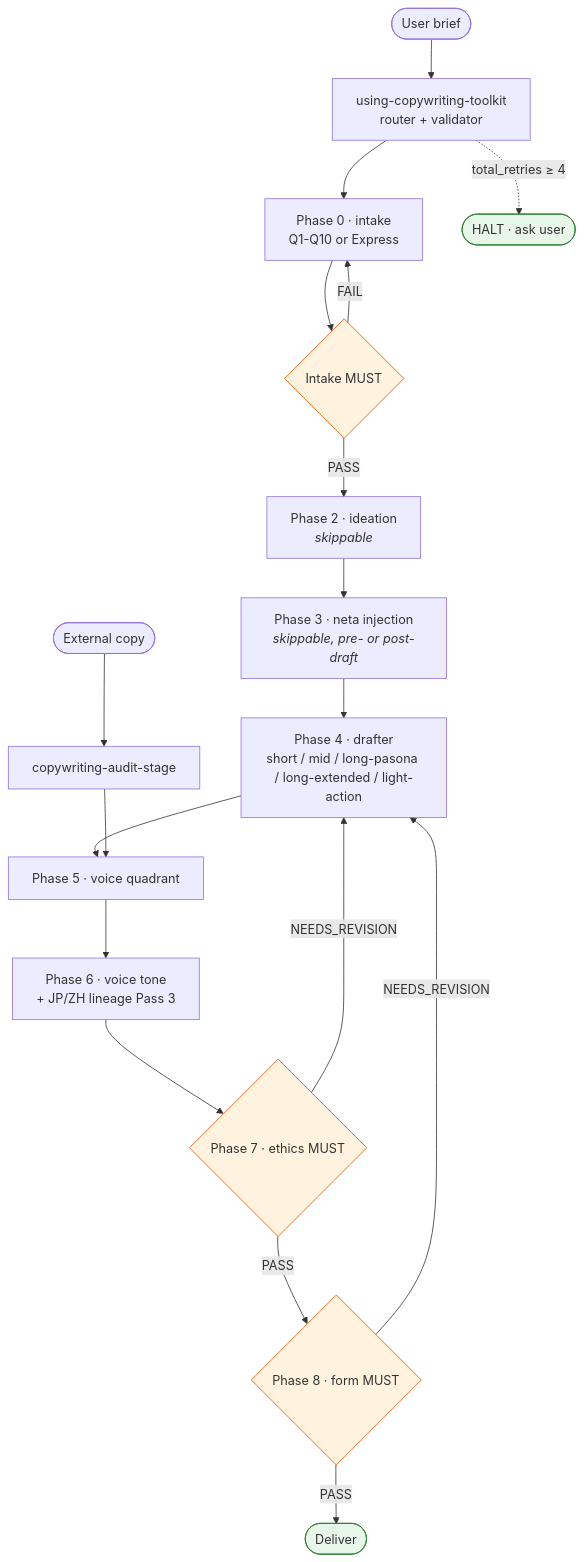
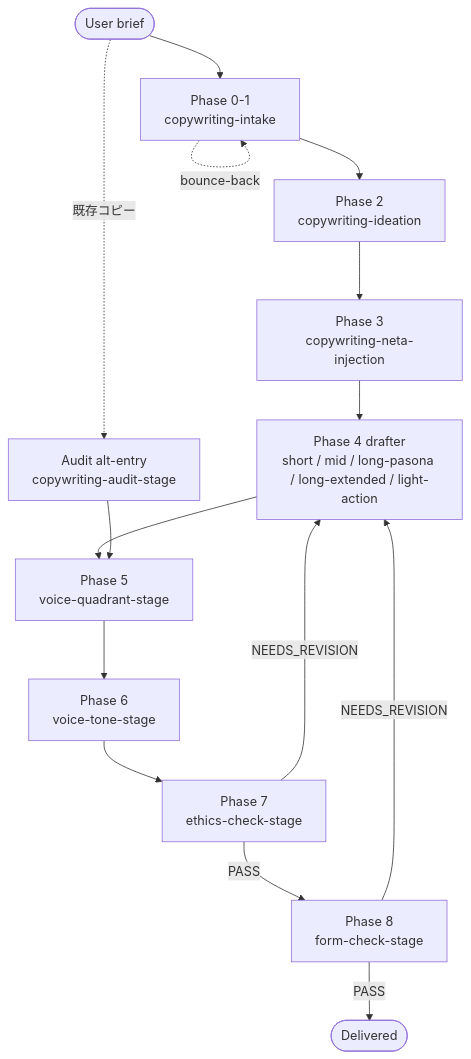
Before and after one commit to kouko/monkey-skills: the diagram in copywriting-toolkit/README.ja.md, drawn with Mermaid. The commit also changed other lines of this file and 26 other files, not shown here.

````diff
--- a/copywriting-toolkit/README.ja.md
+++ b/copywriting-toolkit/README.ja.md
@@ -42,28 +43,17 @@
 ```mermaid
 flowchart TD
-    Start([User brief]) --> Router[using-copywriting-toolkit<br/>router + validator]
-    Alt([External copy]) --> Audit[copywriting-audit-stage]
-
-    Router --> P0[Phase 0 · intake<br/>Q1-Q10 or Express]
-    P0 --> G0{Intake MUST}
-    G0 -->|PASS| P2[Phase 2 · ideation<br/><i>skippable</i>]
-    G0 -->|FAIL| P0
-    P2 --> P3[Phase 3 · neta injection<br/><i>skippable, pre- or post-draft</i>]
-    P3 --> P4[Phase 4 · drafter<br/>short / mid / long-pasona / long-extended / light-action]
-    P4 --> P5[Phase 5 · voice quadrant]
-    P5 --> P6[Phase 6 · voice tone<br/>+ JP/ZH lineage Pass 3]
-    P6 --> P7{Phase 7 · ethics MUST}
-    P7 -->|PASS| P8{Phase 8 · form MUST}
-    P7 -->|NEEDS_REVISION| P4
-    P8 -->|PASS| Deliver([Deliver])
-    P8 -->|NEEDS_REVISION| P4
-
-    Audit --> P5
-
-    Router -.->|total_retries ≥ 4| Halt([HALT · ask user])
-
-    classDef gate fill:#fff3e0,stroke:#e65100
-    classDef exit fill:#e8f5e9,stroke:#2e7d32
-    class G0,P7,P8 gate
-    class Deliver,Halt exit
+    R([User brief]) --> I[Phase 0-1<br/>copywriting-intake]
+    R -. 既存コピー .-> A[Audit alt-entry<br/>copywriting-audit-stage]
+    I --> ID[Phase 2<br/>copywriting-ideation]
+    ID --> N[Phase 3<br/>copywriting-neta-injection]
+    N --> D[Phase 4 drafter<br/>short / mid / long-pasona / long-extended / light-action]
+    D --> VQ[Phase 5<br/>voice-quadrant-stage]
+    VQ --> VT[Phase 6<br/>voice-tone-stage]
+    VT --> E[Phase 7<br/>ethics-check-stage]
+    E -- NEEDS_REVISION --> D
+    E -- PASS --> F[Phase 8<br/>form-check-stage]
+    F -- NEEDS_REVISION --> D
+    F -- PASS --> OUT([Delivered])
+    A --> VQ
+    I -. bounce-back .-> I
 ```
````
